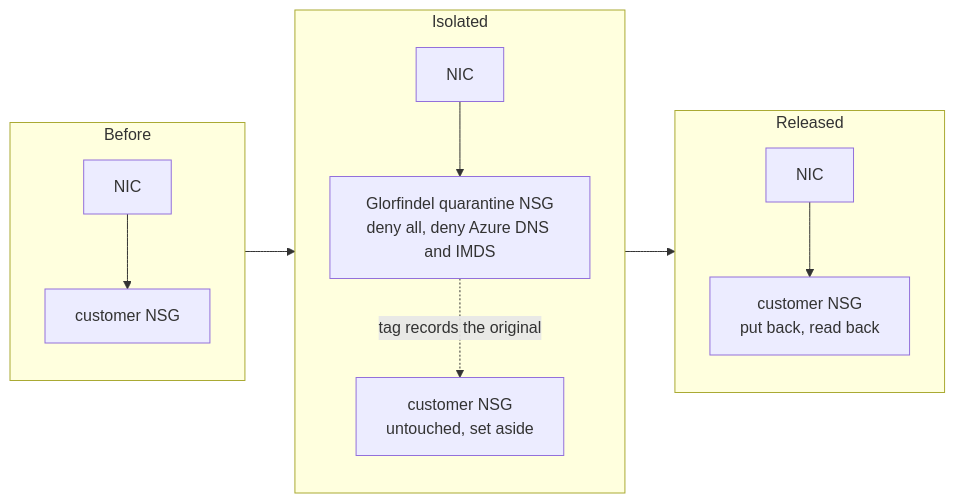
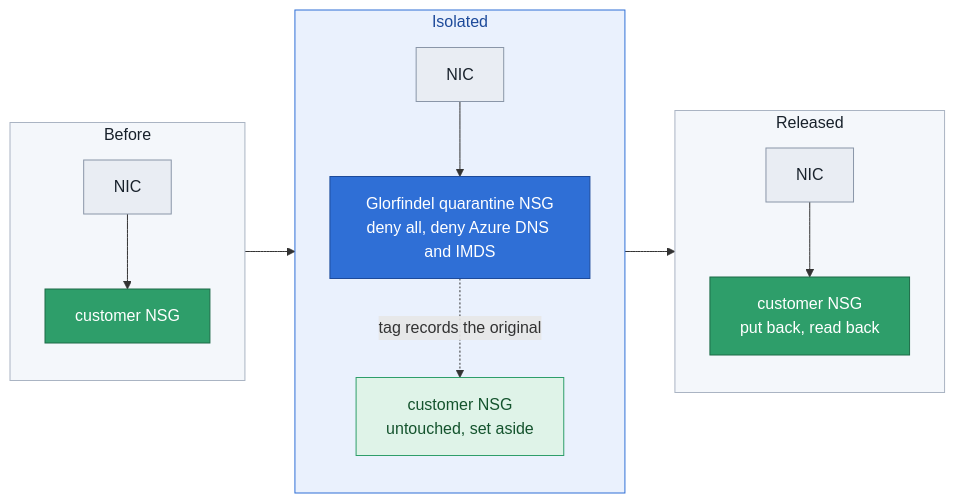
Before and after one commit to Vanyar53/eregion: the second of 3 diagrams in README.md, drawn with Mermaid. The commit also changed other lines of this file and 3 other files, not shown here.

````diff
--- a/README.md
+++ b/README.md
@@ -58,15 +73,26 @@
 ```mermaid
 flowchart LR
     subgraph Before["Before"]
         N1["NIC"] --> C1["customer NSG"]
     end
     subgraph During["Isolated"]
         N2["NIC"] --> Q2["Glorfindel quarantine NSG<br/>deny all, deny Azure DNS and IMDS"]
         C2["customer NSG<br/>untouched, set aside"]
         Q2 -. "tag records the original" .-> C2
     end
     subgraph After["Released"]
         N3["NIC"] --> C3["customer NSG<br/>put back, read back"]
     end
     Before --> During --> After
+    classDef data fill:#e9edf3,stroke:#8a96a8,color:#18212b
+    classDef human fill:#2e9e6a,stroke:#1d6b47,color:#ffffff
+    classDef idle fill:#dff3e8,stroke:#2e9e6a,color:#14532d
+    classDef blue fill:#2f6fd6,stroke:#1d4a9a,color:#ffffff
+    class N1,N2,N3 data
+    class C1,C3 human
+    class C2 idle
+    class Q2 blue
+    style Before fill:#f4f7fb,stroke:#aab4c3,color:#18212b
+    style During fill:#eaf1fd,stroke:#2f6fd6,color:#1d4a9a
+    style After fill:#f4f7fb,stroke:#aab4c3,color:#18212b
 ```
````
